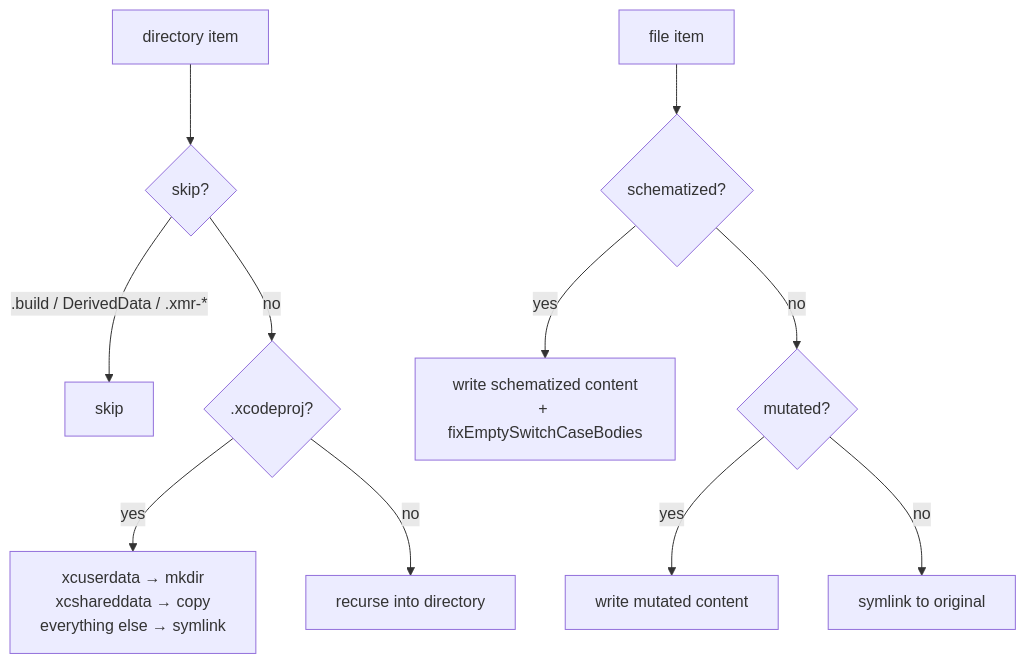
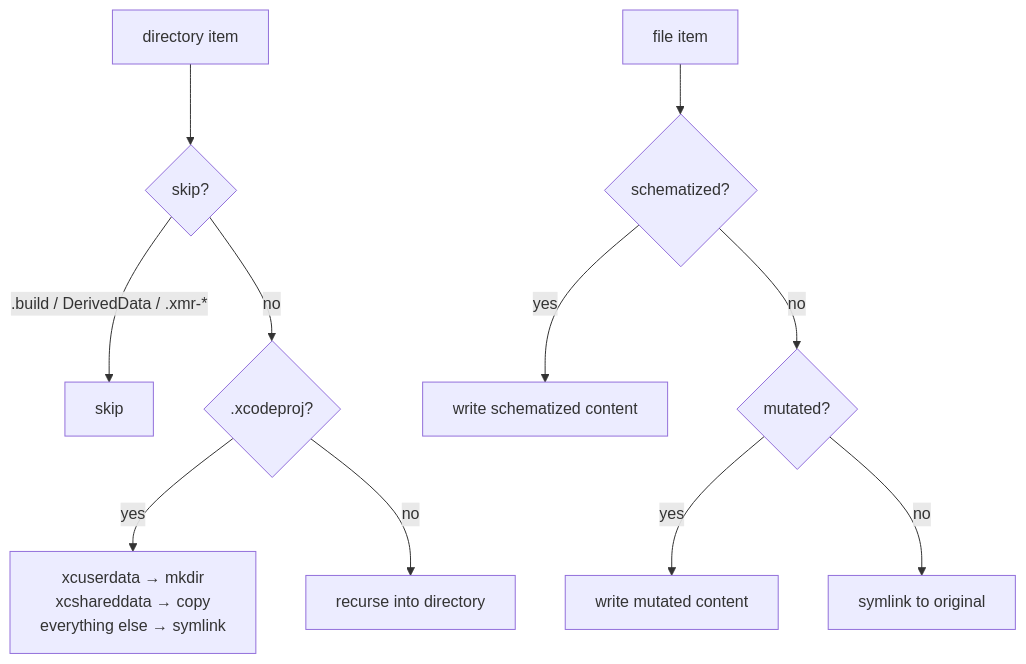
The first of 2 diagrams in Docs/CodeBase/06-sandbox-build.md (C24-Bank/swift-mutation-testing), drawn with Mermaid before and after one commit. The commit also changed other lines of this file and 5 other files, not shown here.

````diff
--- a/Docs/CodeBase/06-sandbox-build.md
+++ b/Docs/CodeBase/06-sandbox-build.md
@@ -40,13 +40,13 @@
 ```mermaid
 flowchart TD
     DIR[directory item] --> SKIP{skip?}
     SKIP -- .build / DerivedData / .xmr-* --> DROP[skip]
     SKIP -- no --> XCODEPROJ{.xcodeproj?}
     XCODEPROJ -- yes --> PROJ[xcuserdata → mkdir\nxcshareddata → copy\neverything else → symlink]
     XCODEPROJ -- no --> RECURSE[recurse into directory]
     FILE[file item] --> SCHEMATIZED{schematized?}
-    SCHEMATIZED -- yes --> WRITE[write schematized content\n+ fixEmptySwitchCaseBodies]
+    SCHEMATIZED -- yes --> WRITE[write schematized content]
     SCHEMATIZED -- no --> MUTATED{mutated?}
     MUTATED -- yes --> WRITEM[write mutated content]
     MUTATED -- no --> SYMLINK[symlink to original]
 ```
````
